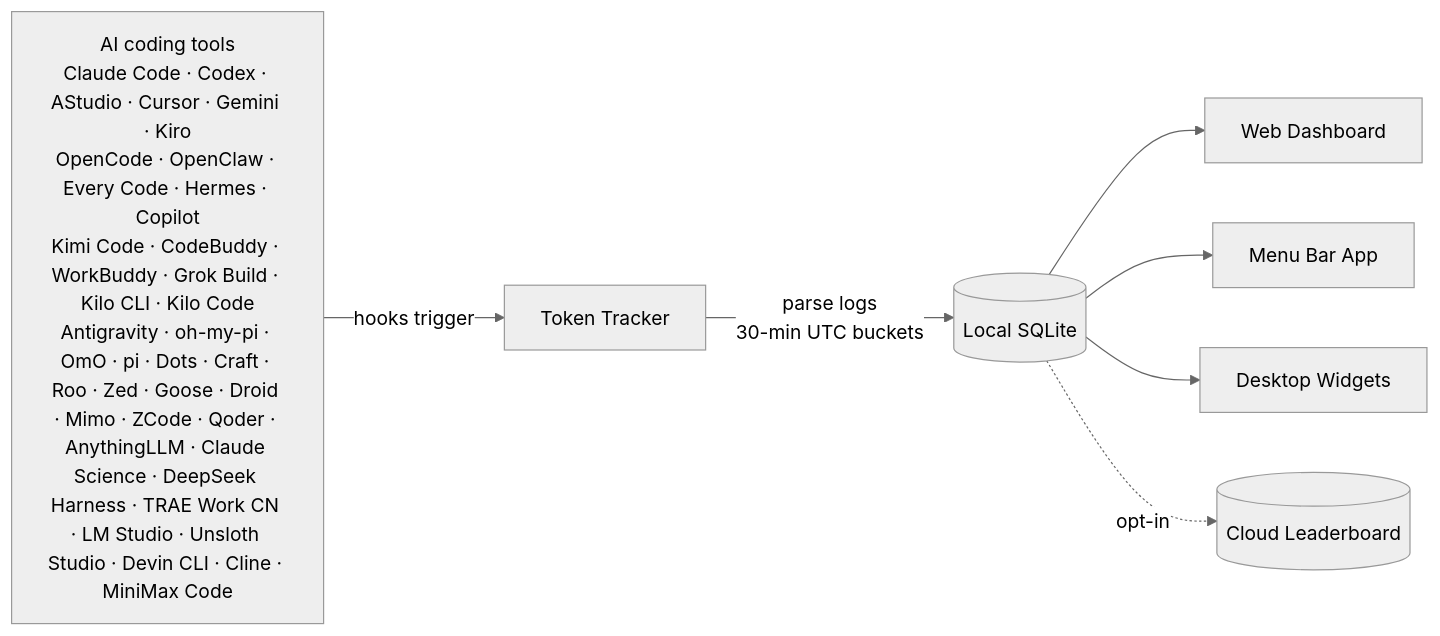
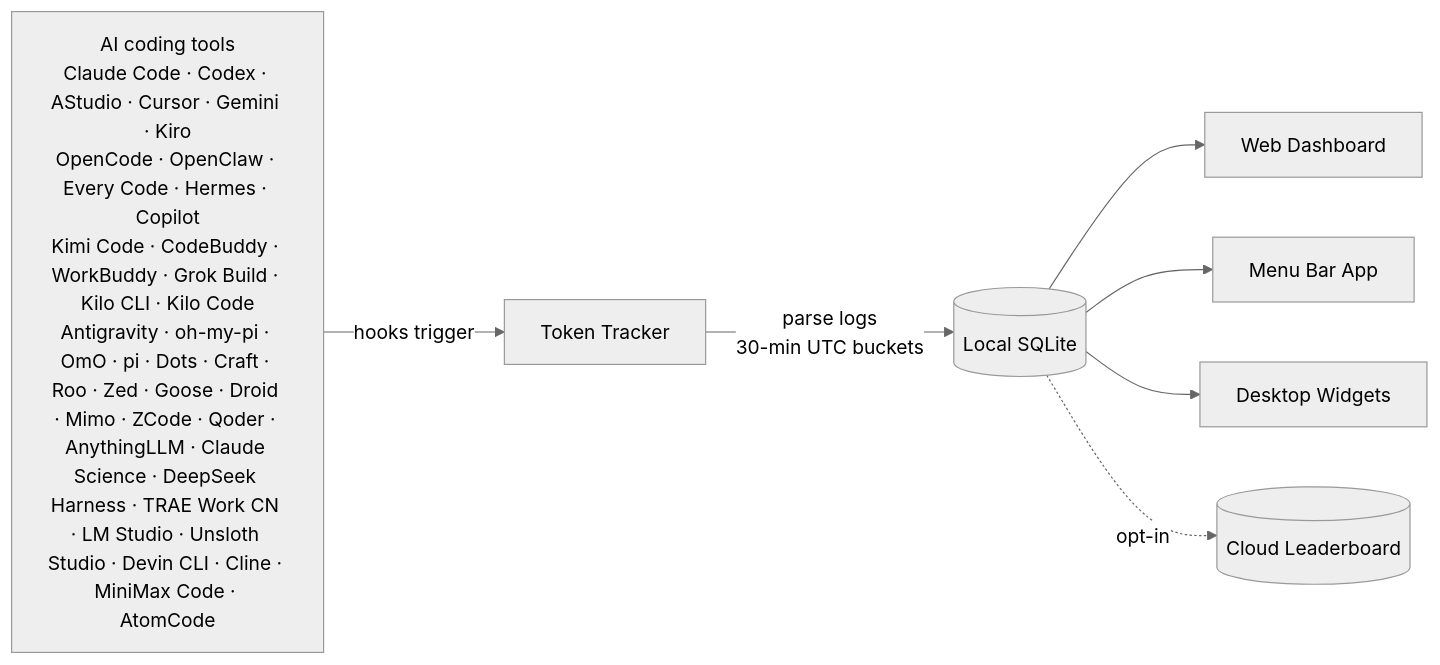
Before and after one commit to xiufengsun/TokenTracker: the diagram in README.md, drawn with Mermaid (neutral theme). The commit also changed other lines of this file and 12 other files, not shown here.

First line of the commit message:
feat: add AtomCode (AtomGit model-agent) as a passive datalog source

````diff
--- a/README.md
+++ b/README.md
@@ -318,10 +319,10 @@
 ```mermaid
 flowchart LR
-    A["AI coding tools<br/>Claude Code · Codex · AStudio · Cursor · Gemini · Kiro<br/>OpenCode · OpenClaw · Every Code · Hermes · Copilot<br/>Kimi Code · CodeBuddy · WorkBuddy · Grok Build · Kilo CLI · Kilo Code<br/>Antigravity · oh-my-pi · OmO · pi · Dots · Craft · Roo · Zed · Goose · Droid · Mimo · ZCode · Qoder · AnythingLLM · Claude Science · DeepSeek Harness · TRAE Work CN · LM Studio · Unsloth Studio · Devin CLI · Cline · MiniMax Code"]
+    A["AI coding tools<br/>Claude Code · Codex · AStudio · Cursor · Gemini · Kiro<br/>OpenCode · OpenClaw · Every Code · Hermes · Copilot<br/>Kimi Code · CodeBuddy · WorkBuddy · Grok Build · Kilo CLI · Kilo Code<br/>Antigravity · oh-my-pi · OmO · pi · Dots · Craft · Roo · Zed · Goose · Droid · Mimo · ZCode · Qoder · AnythingLLM · Claude Science · DeepSeek Harness · TRAE Work CN · LM Studio · Unsloth Studio · Devin CLI · Cline · MiniMax Code · AtomCode"]
     A -->|hooks trigger| B[Token Tracker]
     B -->|parse logs<br/>30-min UTC buckets| C[(Local SQLite)]
     C --> D[Web Dashboard]
     C --> E[Menu Bar App]
     C --> F[Desktop Widgets]
     C -.->|opt-in| G[(Cloud Leaderboard)]
 ```
````
